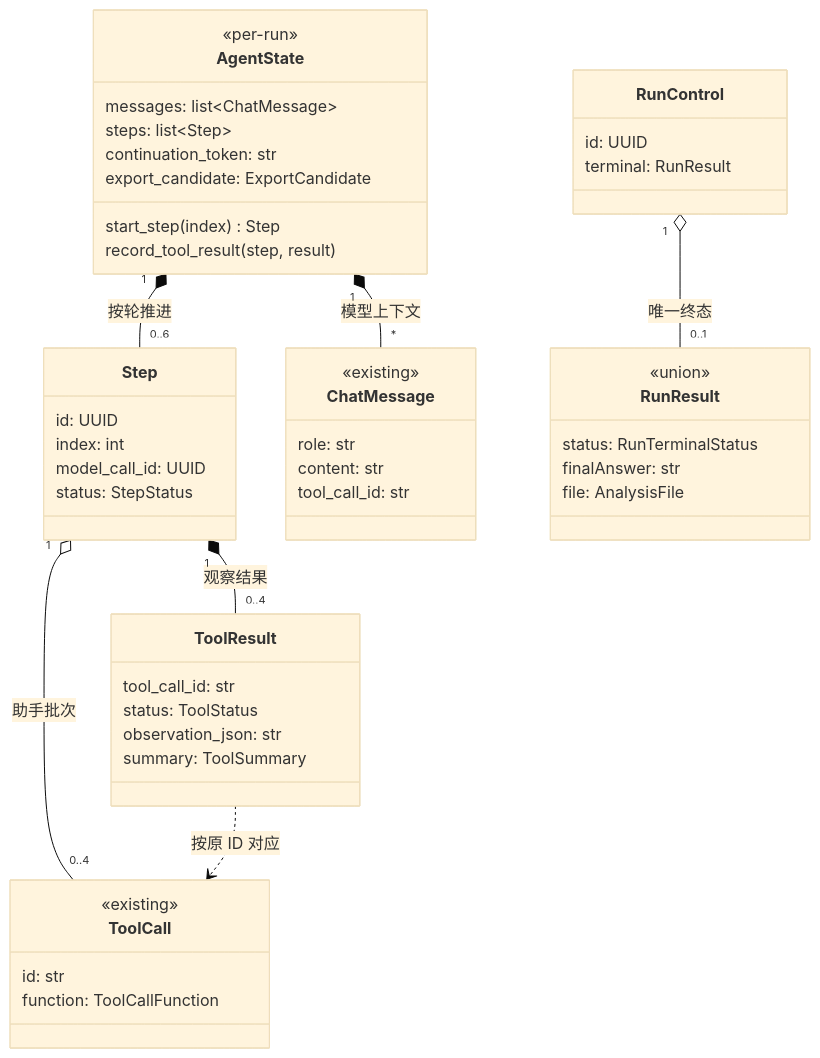
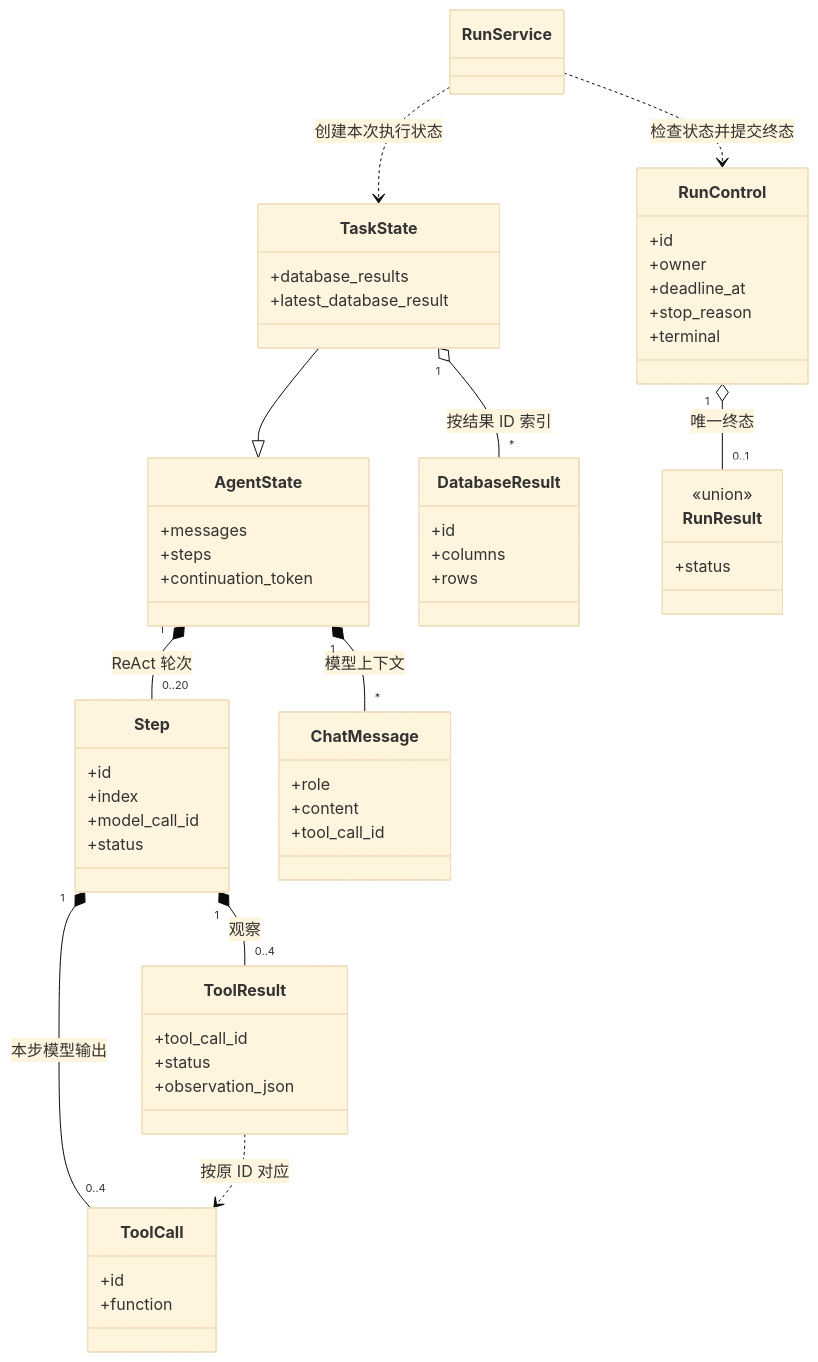
The fourth of 7 diagrams in mai-specs/989-lesson-15-agent-execution-kernel/design/TECH_DESIGN.md (RuiLu007/compass), drawn with Mermaid (base theme) before and after one commit. The commit also changed other lines of this file and 607 other files, not shown here.

````diff
--- a/mai-specs/989-lesson-15-agent-execution-kernel/design/TECH_DESIGN.md
+++ b/mai-specs/989-lesson-15-agent-execution-kernel/design/TECH_DESIGN.md
@@ -112,52 +245,61 @@
-```mermaid
+```mermaid 一次 Run 的数据关系
 classDiagram
+    accTitle: 一次 Run 的数据关系
     direction TB
+    class RunControl {
+        +id
+        +owner
+        +deadline_at
+        +stop_reason
+        +terminal
+    }
+    class RunService
     class AgentState {
-        <<per-run>>
-        messages: list~ChatMessage~
-        steps: list~Step~
-        continuation_token: str
-        export_candidate: ExportCandidate
-        start_step(index) Step
-        record_tool_result(step, result)
+        +messages
+        +steps
+        +continuation_token
+    }
+    class TaskState {
+        +database_results
+        +latest_database_result
+    }
+    class DatabaseResult {
+        +id
+        +columns
+        +rows
     }
     class Step {
-        id: UUID
-        index: int
-        model_call_id: UUID
-        status: StepStatus
+        +id
+        +index
+        +model_call_id
+        +status
+    }
+    class ToolCall {
+        +id
+        +function
+    }
+    class ToolResult {
+        +tool_call_id
+        +status
+        +observation_json
     }
     class ChatMessage {
-        <<existing>>
-        role: str
-        content: str
-        tool_call_id: str
-    }
-    class ToolCall {
-        <<existing>>
-        id: str
-        function: ToolCallFunction
-    }
-    class ToolResult {
-        tool_call_id: str
-        status: ToolStatus
-        observation_json: str
-        summary: ToolSummary
+        +role
+        +content
+        +tool_call_id
     }
     class RunResult {
         <<union>>
-        status: RunTerminalStatus
-        finalAnswer: str
-        file: AnalysisFile
+        +status
     }
-    class RunControl {
-        id: UUID
-        terminal: RunResult
-    }
-    AgentState "1" *-- "0..6" Step : 按轮推进
+    TaskState --|> AgentState
+    RunService ..> TaskState : 创建本次执行状态
+    TaskState "1" o-- "*" DatabaseResult : 按结果 ID 索引
+    RunService ..> RunControl : 检查状态并提交终态
+    AgentState "1" *-- "0..20" Step : ReAct 轮次
     AgentState "1" *-- "*" ChatMessage : 模型上下文
-    Step "1" o-- "0..4" ToolCall : 助手批次
-    Step "1" *-- "0..4" ToolResult : 观察结果
+    Step "1" *-- "0..4" ToolCall : 本步模型输出
+    Step "1" *-- "0..4" ToolResult : 观察
     ToolResult ..> ToolCall : 按原 ID 对应
     RunControl "1" o-- "0..1" RunResult : 唯一终态
 ```
````
